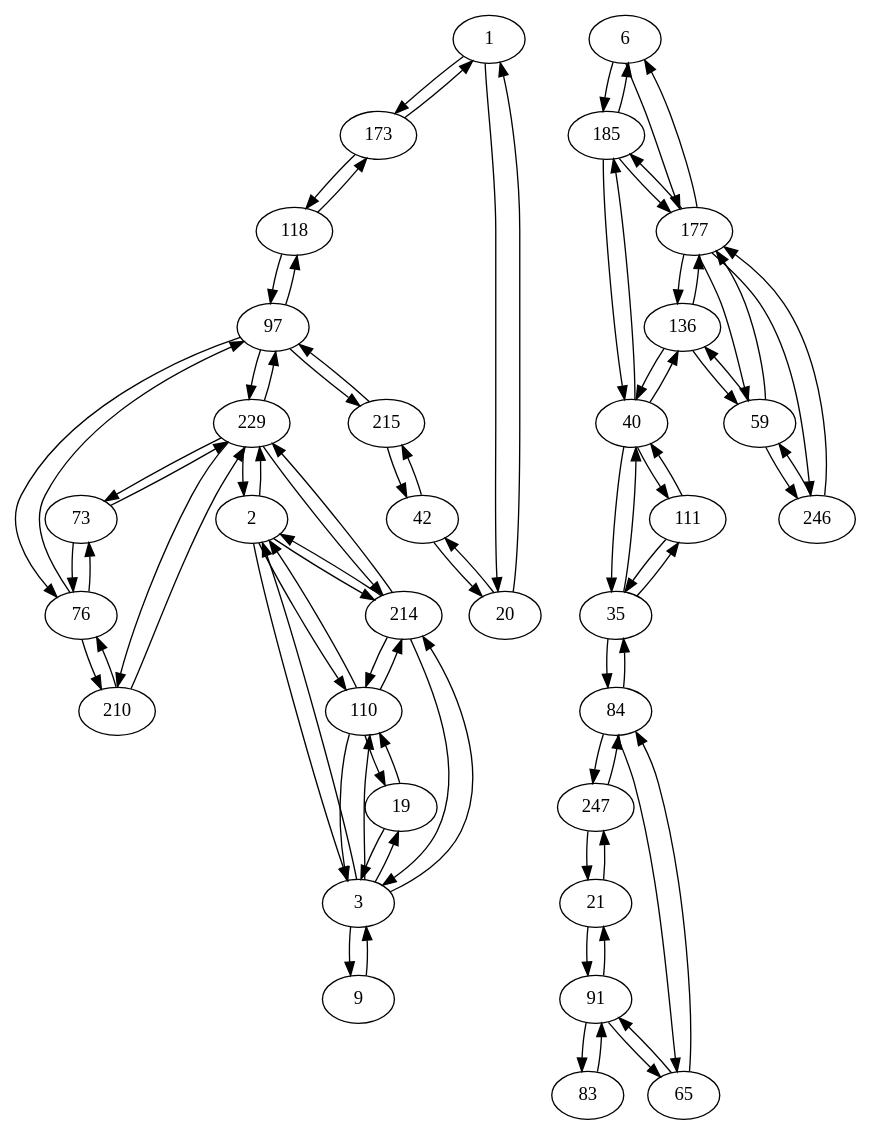
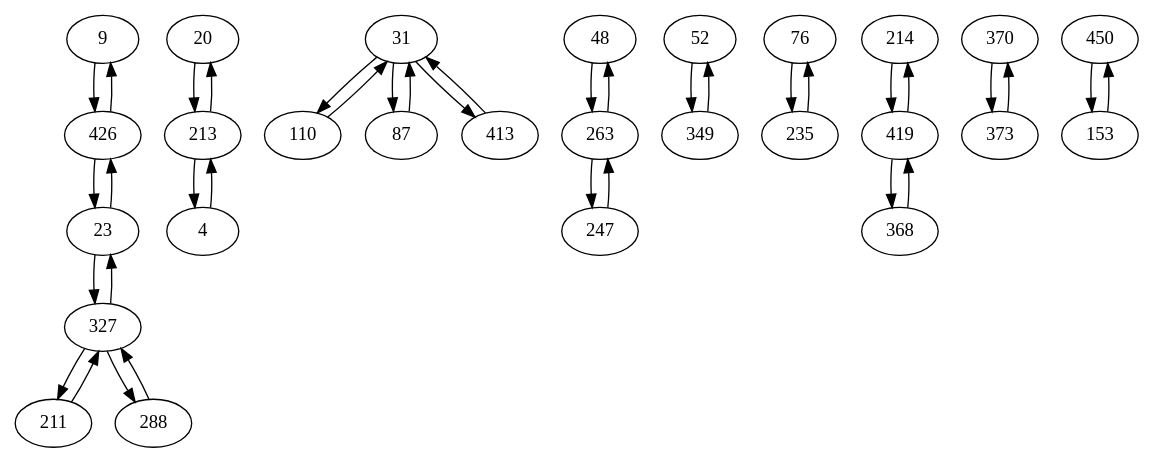
Before and after one commit to AuCson/Genome-Assembly-Implementation: the diagram in external/dbg2olc/RawOverlapGraph.dot, drawn with Graphviz. The commit also changed 67 other files, not shown here.

```diff
--- a/external/dbg2olc/RawOverlapGraph.dot
+++ b/external/dbg2olc/RawOverlapGraph.dot
@@ -1,90 +1,38 @@
 digraph G {
-1 -> 173;
-2 -> 229;
-3 -> 9;
-3 -> 110;
-6 -> 185;
-20 -> 42;
-20 -> 1;
-21 -> 247;
-35 -> 111;
-35 -> 40;
-40 -> 35;
-40 -> 111;
-42 -> 20;
-59 -> 246;
-65 -> 91;
-73 -> 76;
-73 -> 229;
-83 -> 91;
-84 -> 65;
-84 -> 247;
-91 -> 65;
-91 -> 21;
-97 -> 76;
-97 -> 229;
-111 -> 35;
-118 -> 97;
-136 -> 59;
-136 -> 177;
-173 -> 1;
-177 -> 246;
-177 -> 59;
-185 -> 6;
-185 -> 177;
-214 -> 3;
-214 -> 110;
-215 -> 42;
-229 -> 2;
-229 -> 214;
-246 -> 177;
-246 -> 59;
-247 -> 21;
-1 -> 20;
-2 -> 214;
-2 -> 110;
-2 -> 3;
-3 -> 19;
-3 -> 2;
-3 -> 214;
-6 -> 177;
-9 -> 3;
-19 -> 110;
-19 -> 3;
-21 -> 91;
-35 -> 84;
-40 -> 185;
-40 -> 136;
-42 -> 215;
-59 -> 136;
-59 -> 177;
-65 -> 84;
-76 -> 210;
-76 -> 73;
-76 -> 97;
-84 -> 35;
-91 -> 83;
-97 -> 215;
-97 -> 118;
-110 -> 19;
-110 -> 2;
-110 -> 3;
-110 -> 214;
-111 -> 40;
-118 -> 173;
-136 -> 40;
-173 -> 118;
-177 -> 6;
-177 -> 136;
-177 -> 185;
-185 -> 40;
-210 -> 229;
-210 -> 76;
-214 -> 2;
-214 -> 229;
-215 -> 97;
-229 -> 210;
-229 -> 73;
-229 -> 97;
-247 -> 84;
+9 -> 426;
+20 -> 213;
+23 -> 426;
+23 -> 327;
+31 -> 110;
+48 -> 263;
+52 -> 349;
+76 -> 235;
+87 -> 31;
+110 -> 31;
+211 -> 327;
+213 -> 20;
+213 -> 4;
+214 -> 419;
+235 -> 76;
+263 -> 48;
+263 -> 247;
+288 -> 327;
+327 -> 211;
+349 -> 52;
+368 -> 419;
+370 -> 373;
+413 -> 31;
+426 -> 23;
+450 -> 153;
+4 -> 213;
+31 -> 87;
+31 -> 413;
+153 -> 450;
+247 -> 263;
+327 -> 23;
+327 -> 288;
+373 -> 370;
+419 -> 214;
+419 -> 368;
+426 -> 9;
 }
```
